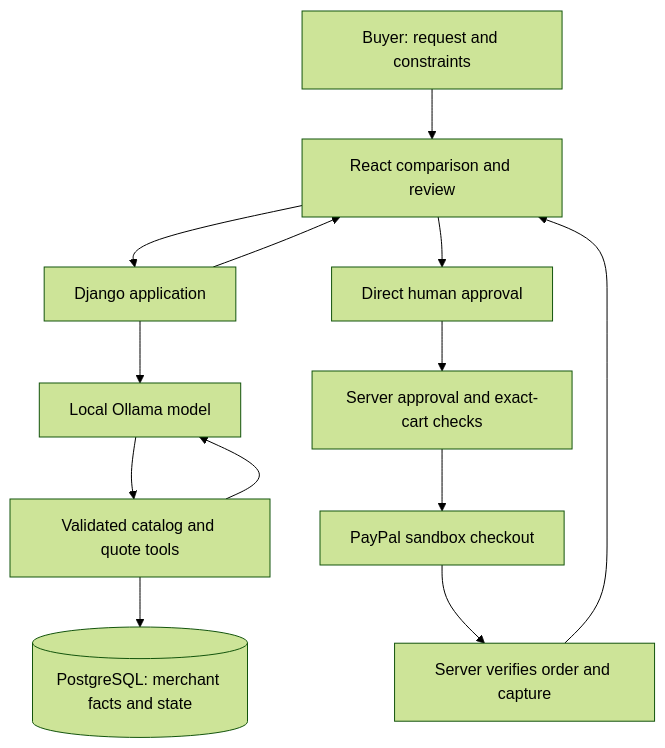
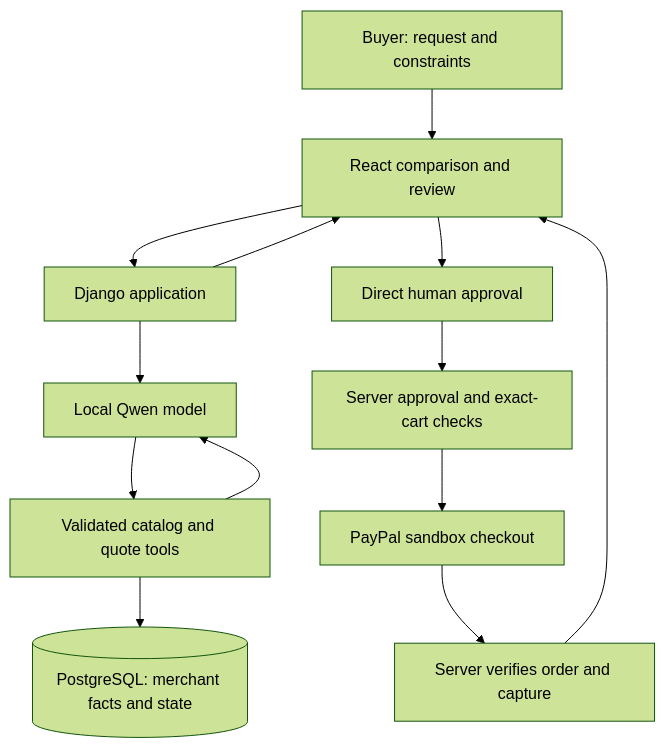
One commit to abhishekruby/spendconsent changed the diagram in docs/architecture.md. Above: the diagram before and after it, drawn with Mermaid (forest theme). The commit also changed other lines of this file and 15 other files, not shown here.

````diff
--- a/docs/architecture.md
+++ b/docs/architecture.md
@@ -41,15 +41,15 @@
 ```mermaid
 flowchart TD
     U[Buyer: request and constraints] --> UI[React comparison and review]
     UI --> API[Django application]
-    API --> AI[Local Ollama model]
+    API --> AI[Local Qwen model]
     AI --> T[Validated catalog and quote tools]
     T --> DB[(PostgreSQL: merchant facts and state)]
     T --> AI
     API --> UI
     UI --> H[Direct human approval]
     H --> G[Server approval and exact-cart checks]
     G --> P[PayPal sandbox checkout]
     P --> V[Server verifies order and capture]
     V --> UI
 ```
````
